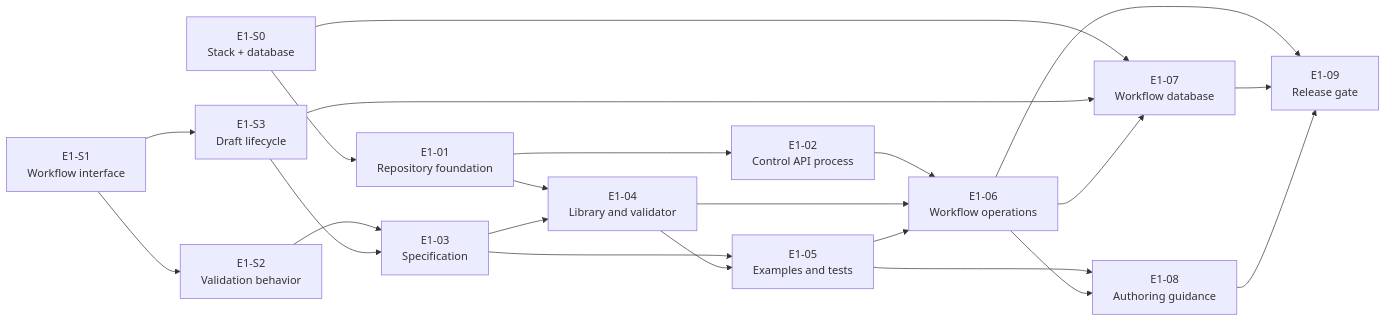
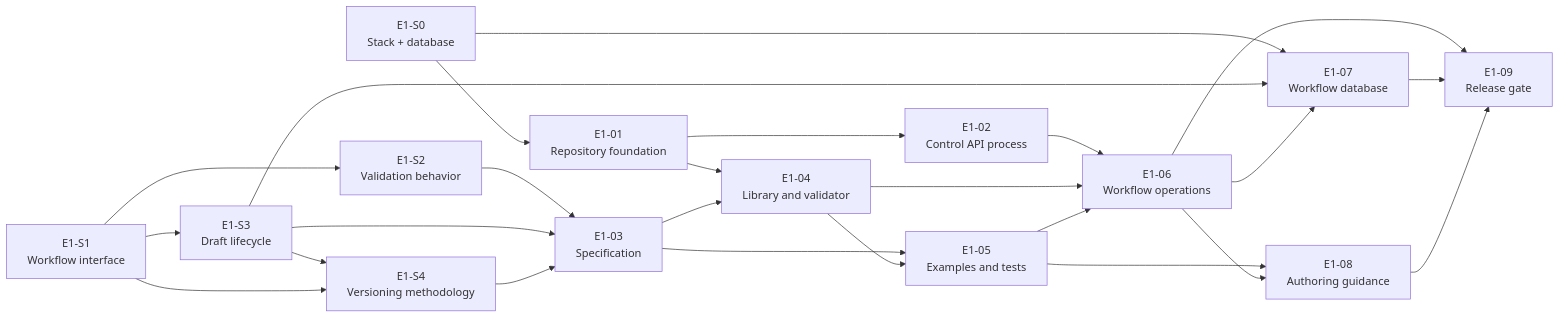
The second of 2 diagrams in docs/epics/epic-01-shape-of-a-workflow.md (RostrumAI/rostrum), drawn with Mermaid before and after one commit. The commit also changed other lines of this file and 4 other files, not shown here.

````diff
--- a/docs/epics/epic-01-shape-of-a-workflow.md
+++ b/docs/epics/epic-01-shape-of-a-workflow.md
@@ -150,24 +153,27 @@
 ```mermaid
 flowchart LR
     S0["E1-S0<br/>Stack + database"] --> E01["E1-01<br/>Repository foundation"]
     S1["E1-S1<br/>Workflow interface"] --> S2["E1-S2<br/>Validation behavior"]
     S1 --> S3["E1-S3<br/>Draft lifecycle"]
+    S3 --> S4["E1-S4<br/>Versioning methodology"]
+    S1 --> S4
     S2 --> E03["E1-03<br/>Specification"]
     S3 --> E03
+    S4 --> E03
     E01 --> E02["E1-02<br/>Control API process"]
     E01 --> E04["E1-04<br/>Library and validator"]
     E03 --> E04
     E03 --> E05["E1-05<br/>Examples and tests"]
     E04 --> E05
     E02 --> E06["E1-06<br/>Workflow operations"]
     E04 --> E06
     E05 --> E06
     S0 --> E07["E1-07<br/>Workflow database"]
     S3 --> E07
     E06 --> E07
     E05 --> E08["E1-08<br/>Authoring guidance"]
     E06 --> E08
     E06 --> E09["E1-09<br/>Release gate"]
     E07 --> E09
     E08 --> E09
 ```
````
